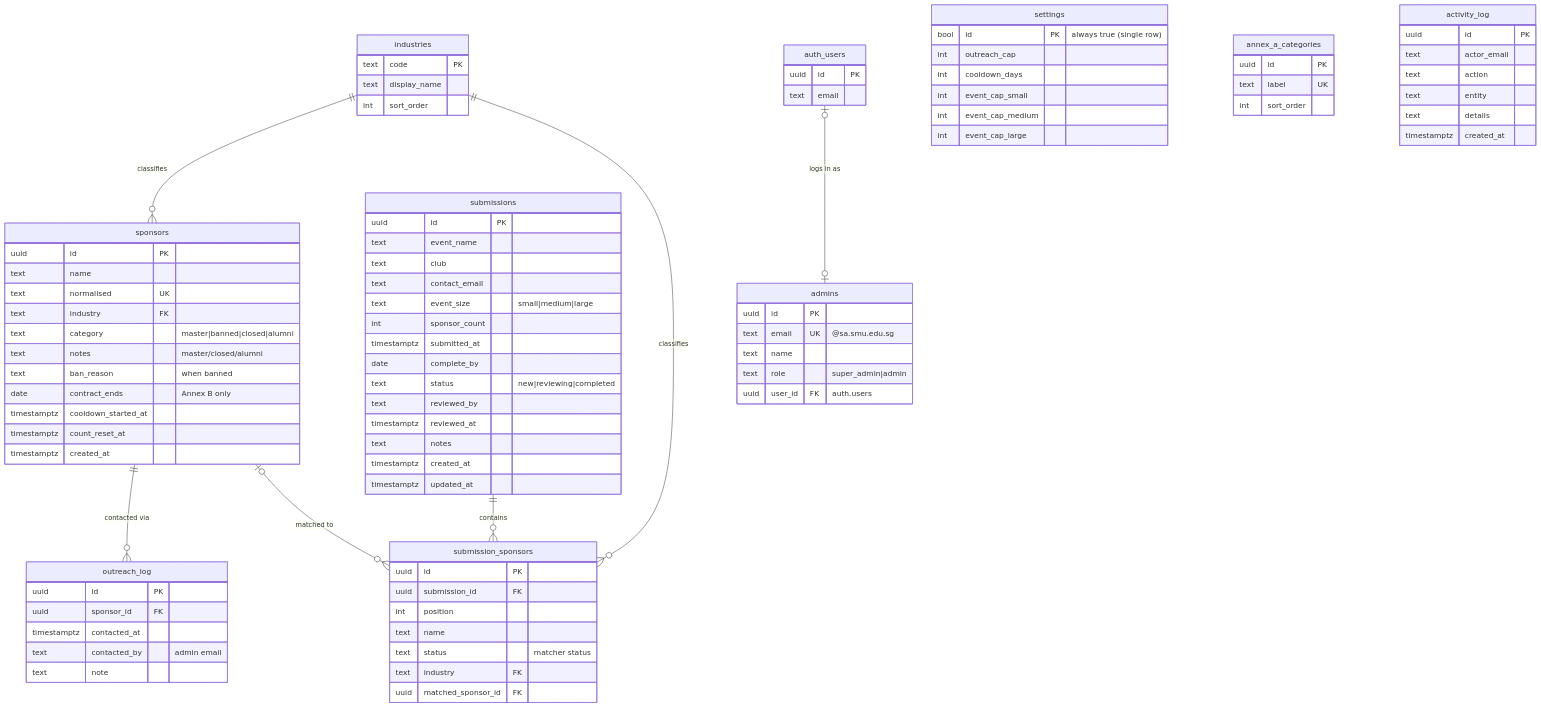
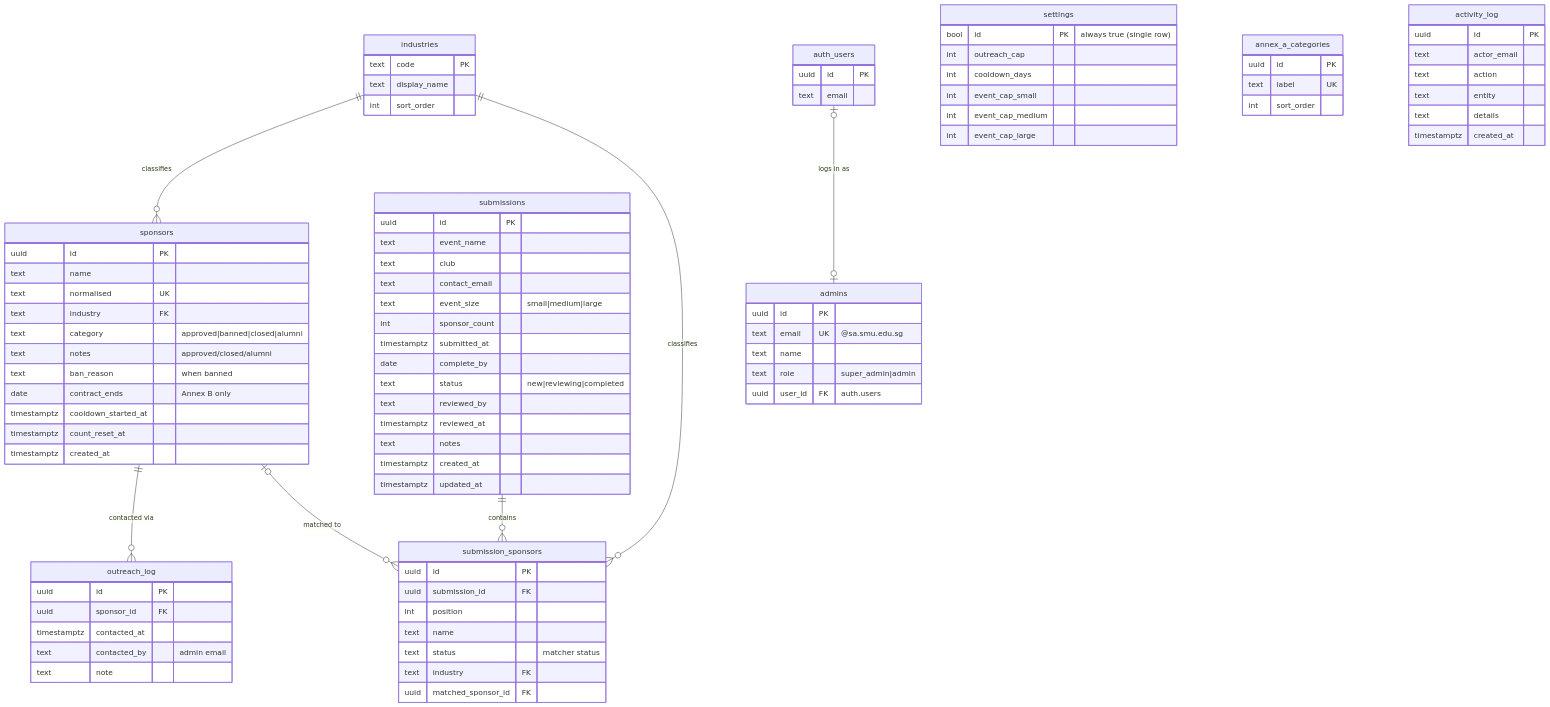
One commit to triciaaleee/BIZCOM-SponsorCheck changed the diagram in supabase/DATABASE_GUIDE.md. Above: the diagram before and after it, drawn with Mermaid. The commit also changed other lines of this file and 14 other files, not shown here.

First line of the commit message:
changed from "master" to "approved"

```diff
--- a/supabase/DATABASE_GUIDE.md
+++ b/supabase/DATABASE_GUIDE.md
@@ -156,8 +156,8 @@
         text name
         text normalised UK
         text industry FK
-        text category "master|banned|closed|alumni"
-        text notes "master/closed/alumni"
+        text category "approved|banned|closed|alumni"
+        text notes "approved/closed/alumni"
         text ban_reason "when banned"
         date contract_ends "Annex B only"
         timestamptz cooldown_started_at
```
